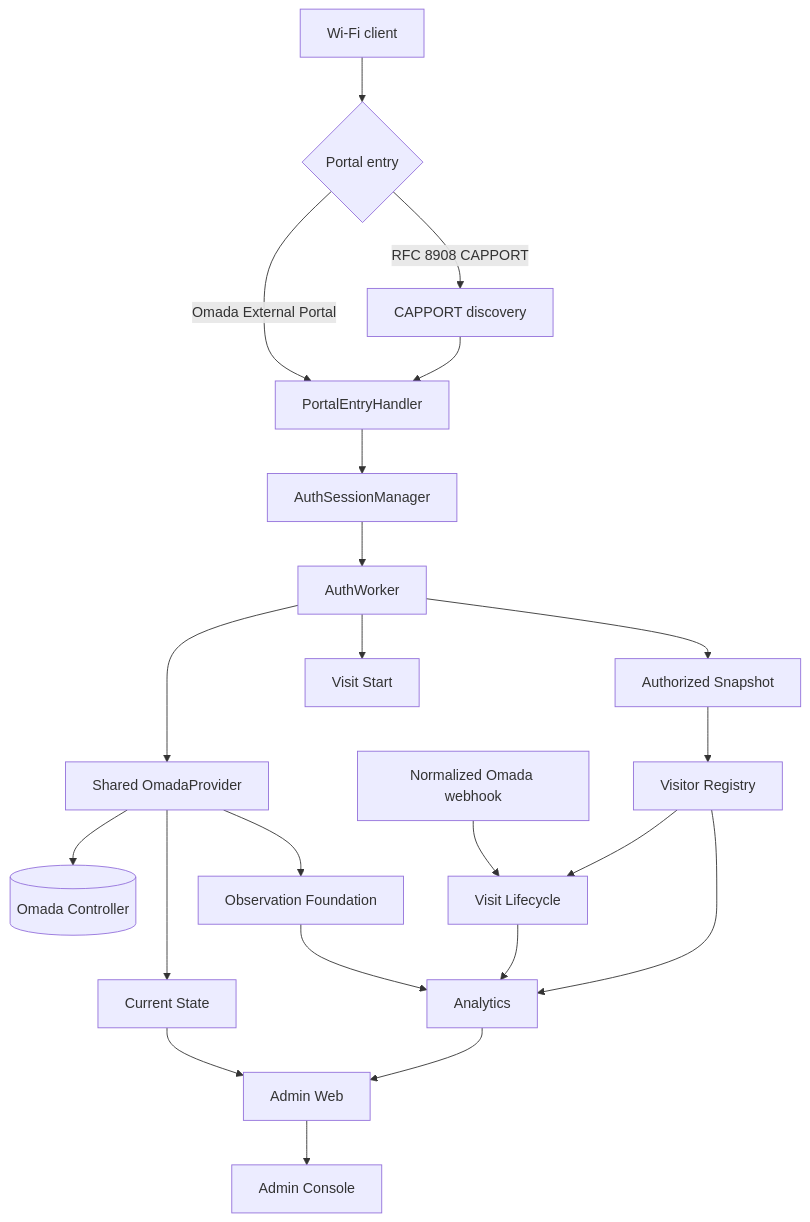
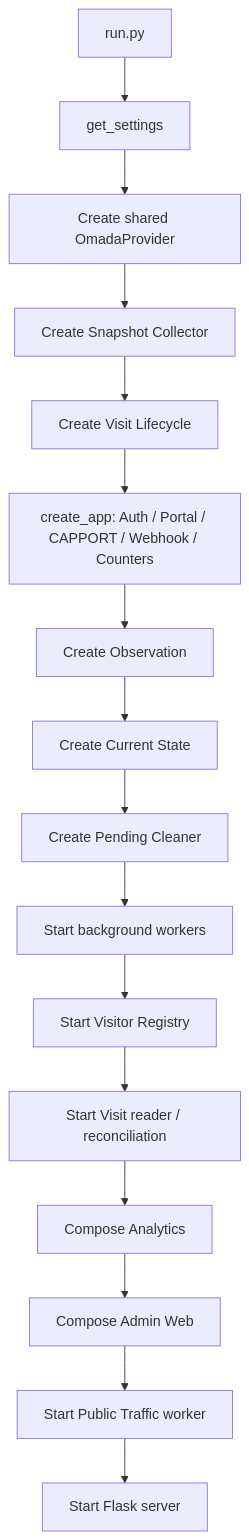
The third of 18 diagrams in README.md (ZaurNavi/CaptivePortal), drawn with Mermaid before and after one commit. The commit also changed other lines of this file and 1 other file, not shown here.

````diff
--- a/README.md
+++ b/README.md
@@ -14,27 +254,18 @@
 ```mermaid
 flowchart TD
-    Client[Wi-Fi client] --> Entry{Portal entry}
-    Entry -->|Omada External Portal| Portal[PortalEntryHandler]
-    Entry -->|RFC 8908 CAPPORT| Capport[CAPPORT discovery]
-    Capport --> Portal
-
-    Portal --> Sessions[AuthSessionManager]
-    Sessions --> Worker[AuthWorker]
-    Worker --> Provider[Shared OmadaProvider]
-    Provider --> Omada[(Omada Controller)]
-
-    Worker --> Snapshot[Authorized Snapshot]
-    Worker --> VisitStart[Visit Start]
-    Snapshot --> Registry[Visitor Registry]
-    Provider --> Observation[Observation Foundation]
-    Provider --> Current[Current State]
-    Webhook[Normalized Omada webhook] --> Visit[Visit Lifecycle]
-    Registry --> Visit
-
-    Observation --> Analytics[Analytics]
-    Visit --> Analytics
-    Registry --> Analytics
-    Current --> Admin[Admin Web]
-    Analytics --> Admin
-    Admin --> Browser[Admin Console]
+    Start[run.py] --> Settings[get_settings]
+    Settings --> Shared[Create shared OmadaProvider]
+    Shared --> Snapshot[Create Snapshot Collector]
+    Snapshot --> Visit[Create Visit Lifecycle]
+    Visit --> Flask[create_app: Auth / Portal / CAPPORT / Webhook / Counters]
+    Flask --> Obs[Create Observation]
+    Obs --> Current[Create Current State]
+    Current --> Cleaner[Create Pending Cleaner]
+    Cleaner --> Workers[Start background workers]
+    Workers --> Registry[Start Visitor Registry]
+    Registry --> Reconcile[Start Visit reader / reconciliation]
+    Reconcile --> Analytics[Compose Analytics]
+    Analytics --> Admin[Compose Admin Web]
+    Admin --> Traffic[Start Public Traffic worker]
+    Traffic --> Serve[Start Flask server]
 ```
````
